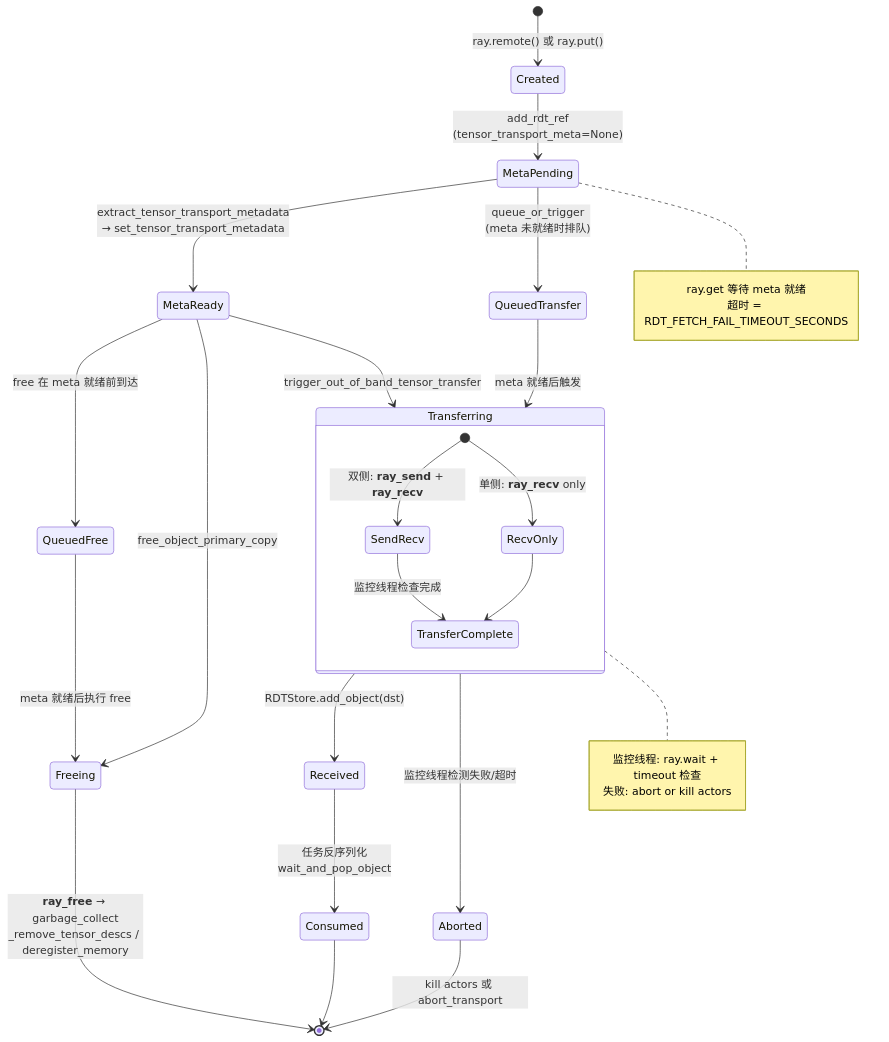
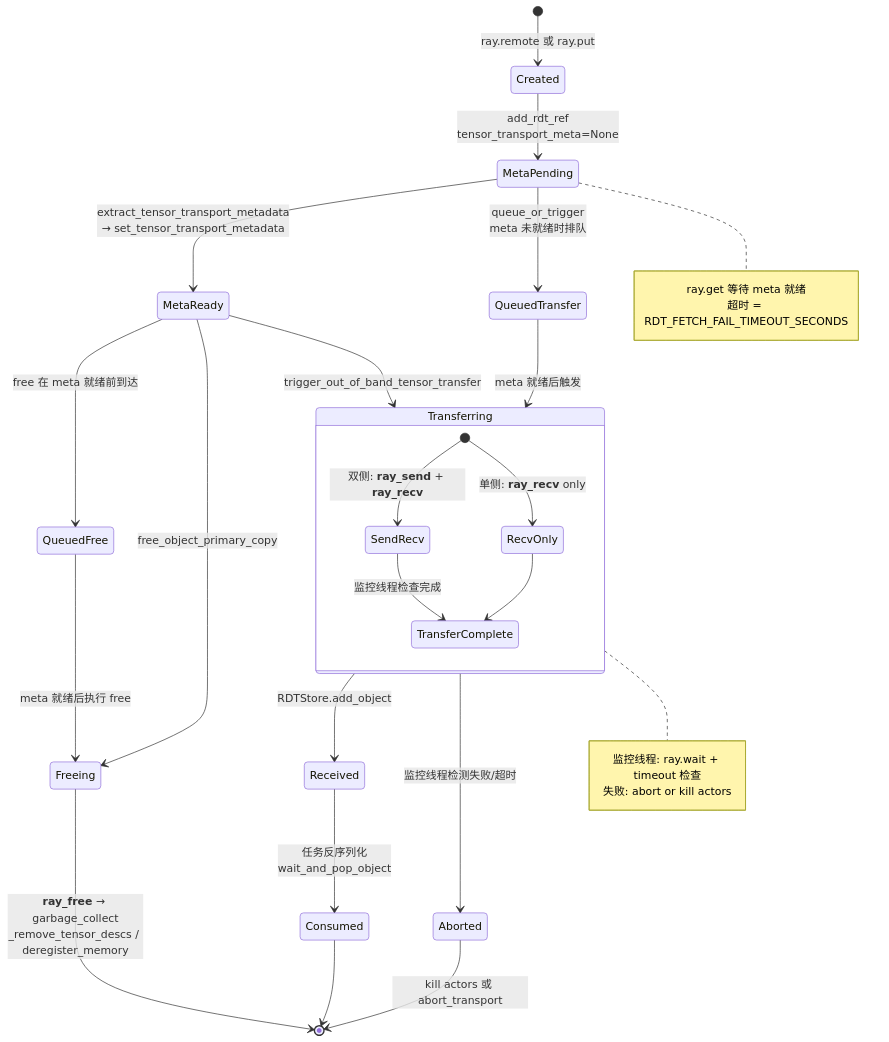
One commit to wangguimin18-boop/ray-project changed the seventh of 8 diagrams in doc/source/ray-core/direct-transport/rdt-architecture-analysis.md. Above: the diagram before and after it, drawn with Mermaid. The commit also changed other lines of this file, not shown here.

Commit message:
fix(rdt): use quoted node labels and remove parens/quotes from all mermaid diagram text

````diff
--- a/doc/source/ray-core/direct-transport/rdt-architecture-analysis.md
+++ b/doc/source/ray-core/direct-transport/rdt-architecture-analysis.md
@@ -450,39 +450,39 @@
 ```mermaid
 stateDiagram-v2
-    [*] --> Created : ray.remote() 或 ray.put()
-    Created --> MetaPending : add_rdt_ref<br>(tensor_transport_meta=None)
+    [*] --> Created : ray.remote 或 ray.put
+    Created --> MetaPending : add_rdt_ref<br>tensor_transport_meta=None
     MetaPending --> MetaReady : extract_tensor_transport_metadata<br>→ set_tensor_transport_metadata
 
-    MetaPending --> QueuedTransfer : queue_or_trigger<br>(meta 未就绪时排队)
+    MetaPending --> QueuedTransfer : queue_or_trigger<br>meta 未就绪时排队
     QueuedTransfer --> Transferring : meta 就绪后触发
     MetaReady --> Transferring : trigger_out_of_band_tensor_transfer
 
     state Transferring {
         [*] --> SendRecv : 双侧: __ray_send__ + __ray_recv__
         [*] --> RecvOnly : 单侧: __ray_recv__ only
         SendRecv --> TransferComplete : 监控线程检查完成
         RecvOnly --> TransferComplete
     }
 
-    Transferring --> Received : RDTStore.add_object(dst)
+    Transferring --> Received : RDTStore.add_object
     Received --> Consumed : 任务反序列化<br>wait_and_pop_object
 
     MetaReady --> QueuedFree : free 在 meta 就绪前到达
     QueuedFree --> Freeing : meta 就绪后执行 free
     MetaReady --> Freeing : free_object_primary_copy
     Transferring --> Aborted : 监控线程检测失败/超时
     Aborted --> [*] : kill actors 或 abort_transport
 
     Freeing --> [*] : __ray_free__ → garbage_collect<br>_remove_tensor_descs / deregister_memory
     Consumed --> [*]
 
     note right of MetaPending
         ray.get 等待 meta 就绪
         超时 = RDT_FETCH_FAIL_TIMEOUT_SECONDS
     end note
 
     note right of Transferring
         监控线程: ray.wait + timeout 检查
         失败: abort or kill actors
     end note
 ```
````
